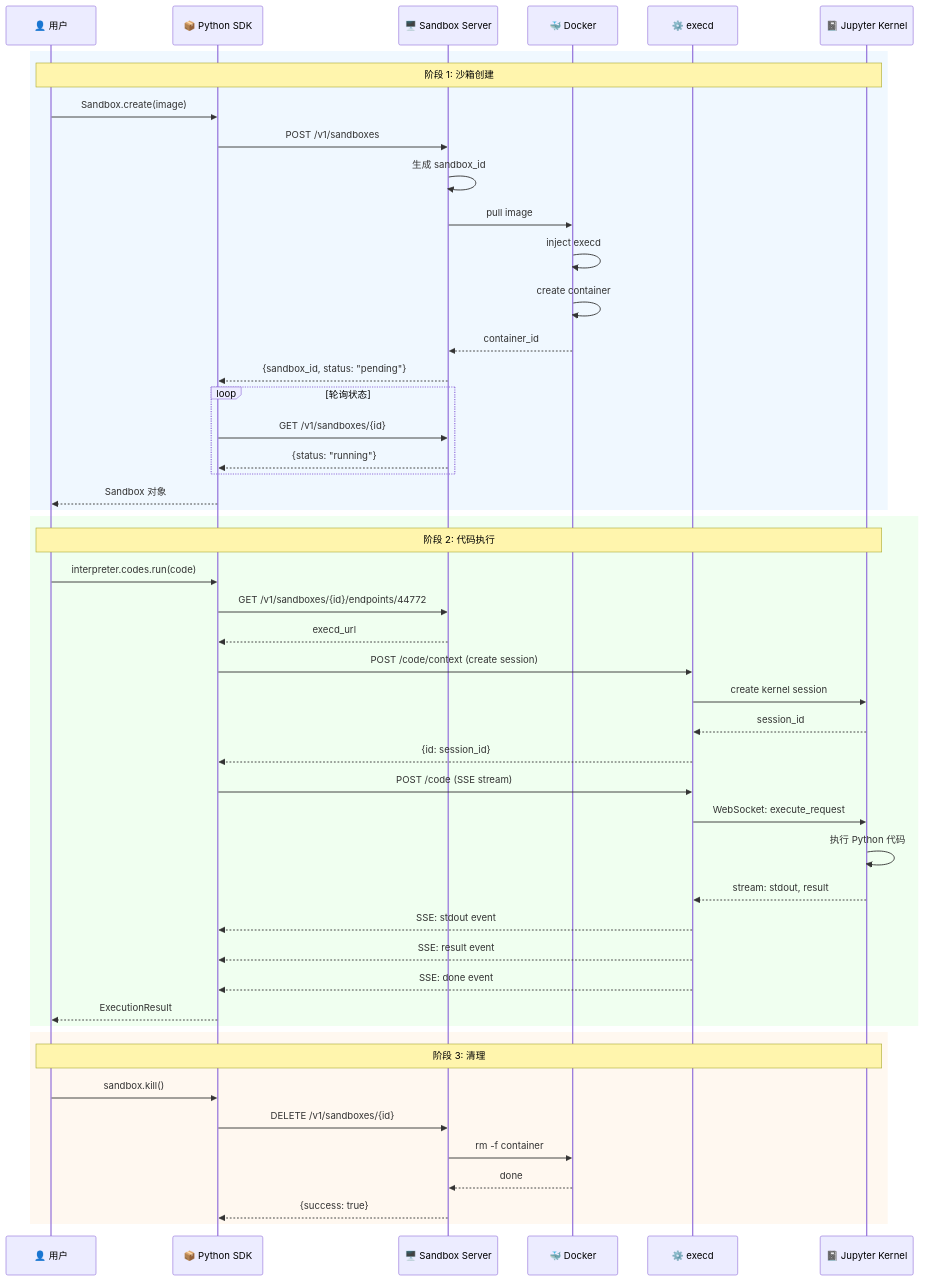
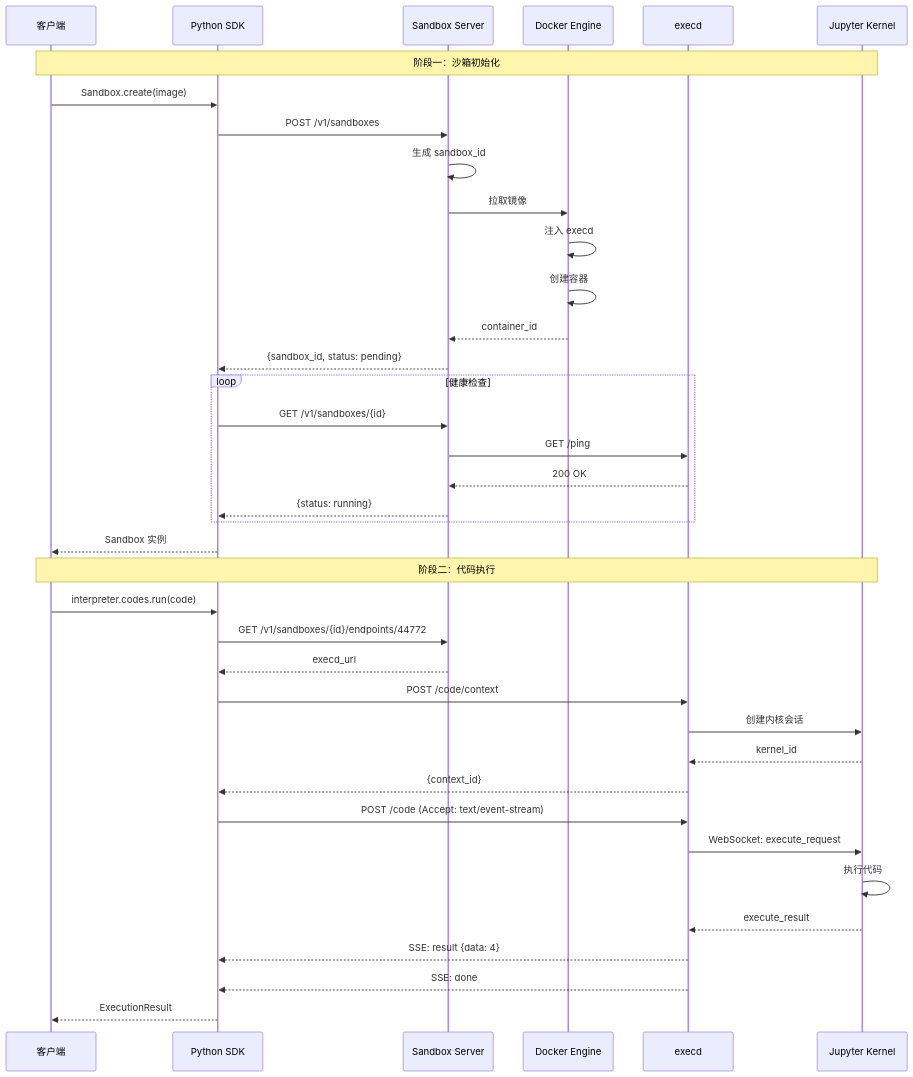
Before and after one commit to willwang2528/sandbox-research: the diagram in rag/opensandbox/OpenSandbox-Architecture-Analysis-v6.md, drawn with Mermaid. The commit also changed other lines of this file, not shown here.

````diff
--- a/rag/opensandbox/OpenSandbox-Architecture-Analysis-v6.md
+++ b/rag/opensandbox/OpenSandbox-Architecture-Analysis-v6.md
@@ -227,55 +236,48 @@
 ```mermaid
 sequenceDiagram
-    participant User as 👤 用户
-    participant SDK as 📦 Python SDK
-    participant Server as 🖥️ Sandbox Server
-    participant Docker as 🐳 Docker
-    participant Execd as ⚙️ execd
-    participant Jupyter as 📓 Jupyter Kernel
+    participant Client as 客户端
+    participant SDK as Python SDK
+    participant Server as Sandbox Server
+    participant Docker as Docker Engine
+    participant Execd as execd
+    participant Jupyter as Jupyter Kernel
     
-    rect rgb(240, 248, 255)
-        Note over User,Jupyter: 阶段 1: 沙箱创建
-        User->>SDK: Sandbox.create(image)
-        SDK->>Server: POST /v1/sandboxes
-        Server->>Server: 生成 sandbox_id
-        Server->>Docker: pull image
-        Docker->>Docker: inject execd
-        Docker->>Docker: create container
-        Docker-->>Server: container_id
-        Server-->>SDK: {sandbox_id, status: "pending"}
-        loop 轮询状态
-            SDK->>Server: GET /v1/sandboxes/{id}
-            Server-->>SDK: {status: "running"}
-        end
-        SDK-->>User: Sandbox 对象
+    Note over Client,Jupyter: 阶段一：沙箱初始化
+    
+    Client->>SDK: Sandbox.create(image)
+    SDK->>Server: POST /v1/sandboxes
+    Server->>Server: 生成 sandbox_id
+    Server->>Docker: 拉取镜像
+    Docker->>Docker: 注入 execd
+    Docker->>Docker: 创建容器
+    Docker-->>Server: container_id
+    Server-->>SDK: {sandbox_id, status: pending}
+    
+    loop 健康检查
+        SDK->>Server: GET /v1/sandboxes/{id}
+        Server->>Execd: GET /ping
+        Execd-->>Server: 200 OK
+        Server-->>SDK: {status: running}
     end
     
-    rect rgb(240, 255, 240)
-        Note over User,Jupyter: 阶段 2: 代码执行
-        User->>SDK: interpreter.codes.run(code)
-        SDK->>Server: GET /v1/sandboxes/{id}/endpoints/44772
-        Server-->>SDK: execd_url
-        SDK->>Execd: POST /code/context (create session)
-        Execd->>Jupyter: create kernel session
-        Jupyter-->>Execd: session_id
-        Execd-->>SDK: {id: session_id}
-        
-        SDK->>Execd: POST /code (SSE stream)
-        Execd->>Jupyter: WebSocket: execute_request
-        Jupyter->>Jupyter: 执行 Python 代码
-        Jupyter-->>Execd: stream: stdout, result
-        Execd-->>SDK: SSE: stdout event
-        Execd-->>SDK: SSE: result event
-        Execd-->>SDK: SSE: done event
-        SDK-->>User: ExecutionResult
-    end
+    SDK-->>Client: Sandbox 实例
     
-    rect rgb(255, 248, 240)
-        Note over User,Jupyter: 阶段 3: 清理
-        User->>SDK: sandbox.kill()
-        SDK->>Server: DELETE /v1/sandboxes/{id}
-        Server->>Docker: rm -f container
-        Docker-->>Server: done
-        Server-->>SDK: {success: true}
-    end
+    Note over Client,Jupyter: 阶段二：代码执行
+    
+    Client->>SDK: interpreter.codes.run(code)
+    SDK->>Server: GET /v1/sandboxes/{id}/endpoints/44772
+    Server-->>SDK: execd_url
+    
+    SDK->>Execd: POST /code/context
+    Execd->>Jupyter: 创建内核会话
+    Jupyter-->>Execd: kernel_id
+    Execd-->>SDK: {context_id}
+    
+    SDK->>Execd: POST /code (Accept: text/event-stream)
+    Execd->>Jupyter: WebSocket: execute_request
+    Jupyter->>Jupyter: 执行代码
+    Jupyter-->>Execd: execute_result
+    Execd-->>SDK: SSE: result {data: 4}
+    Execd-->>SDK: SSE: done
+    SDK-->>Client: ExecutionResult
 ```
````
